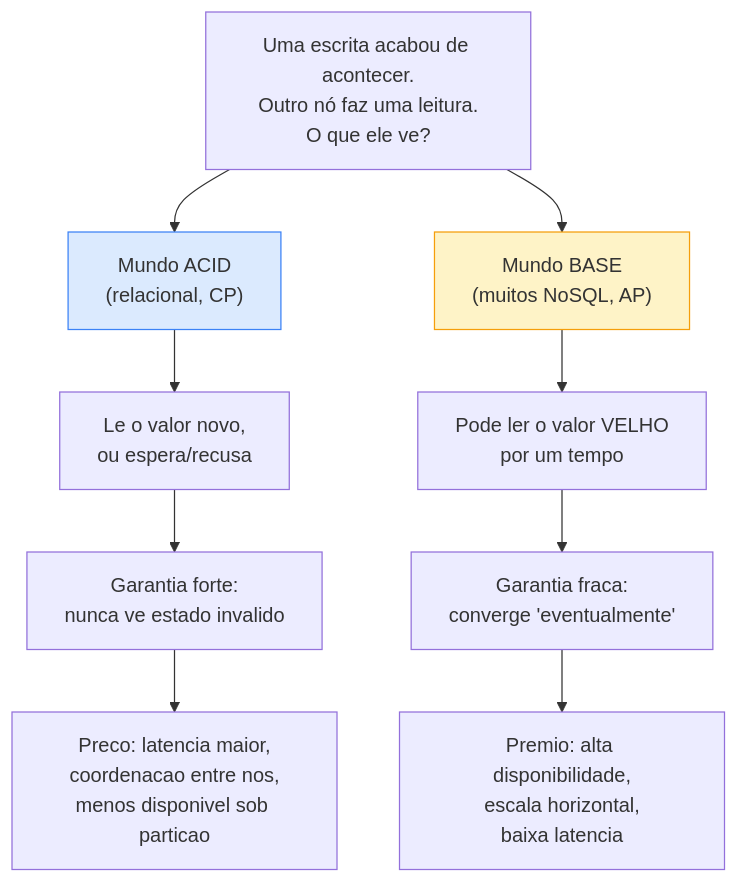
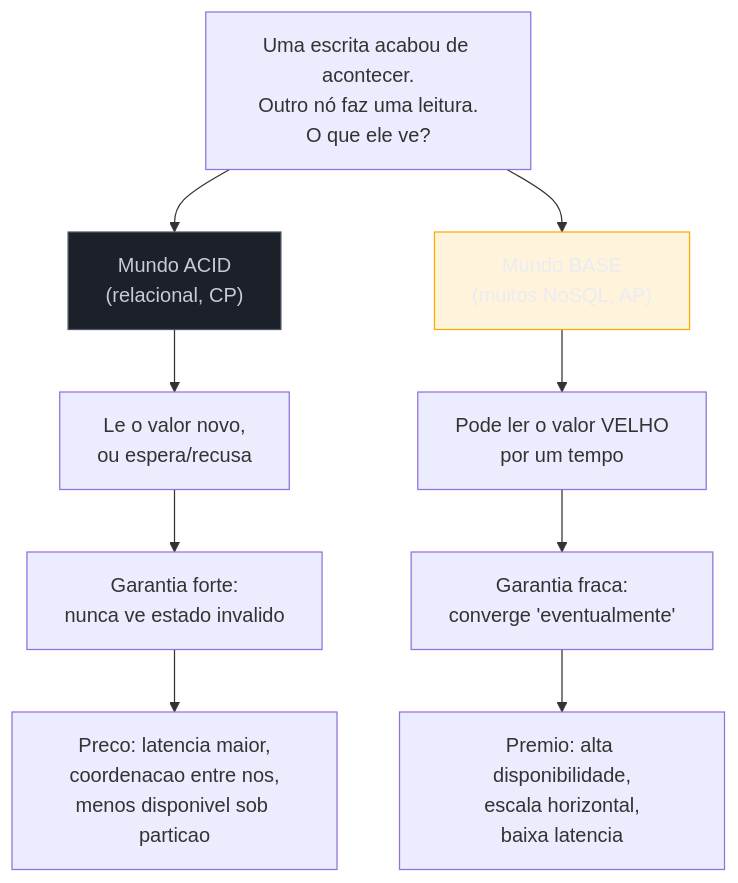
Before and after one commit to josenaldo/codex-technomanticus: the second of 4 diagrams in 03-Dominios/Ciência/Banco de Dados/14 - NoSQL e polyglot persistence.md, drawn with Mermaid. The commit also changed other lines of this file and 1181 other files, not shown here.

First line of the commit message:
fix(diagramas): paleta do sistema no lugar de cor cravada no markdown

````diff
--- a/03-Dominios/Ciência/Banco de Dados/14 - NoSQL e polyglot persistence.md
+++ b/03-Dominios/Ciência/Banco de Dados/14 - NoSQL e polyglot persistence.md
@@ -114,17 +114,19 @@
 ```mermaid
 flowchart TB
+    classDef neutro fill:#1B2029,stroke:#4E5666,color:#C6CCD8
+    classDef destaque fill:#FFAA0024,stroke:#FFAA00,color:#E9ECF2
     Q["Uma escrita acabou de acontecer.<br/>Outro nó faz uma leitura.<br/>O que ele ve?"]
     Q --> ACID["Mundo ACID<br/>(relacional, CP)"]
     Q --> BASE["Mundo BASE<br/>(muitos NoSQL, AP)"]
 
     ACID --> A1["Le o valor novo,<br/>ou espera/recusa"]
     A1 --> A2["Garantia forte:<br/>nunca ve estado invalido"]
     A2 --> A3["Preco: latencia maior,<br/>coordenacao entre nos,<br/>menos disponivel sob particao"]
 
     BASE --> B1["Pode ler o valor VELHO<br/>por um tempo"]
     B1 --> B2["Garantia fraca:<br/>converge 'eventualmente'"]
     B2 --> B3["Premio: alta disponibilidade,<br/>escala horizontal,<br/>baixa latencia"]
 
-    style ACID fill:#dbeafe,stroke:#3b82f6
-    style BASE fill:#fef3c7,stroke:#f59e0b
+    class ACID neutro
+    class BASE destaque
 ```
````
